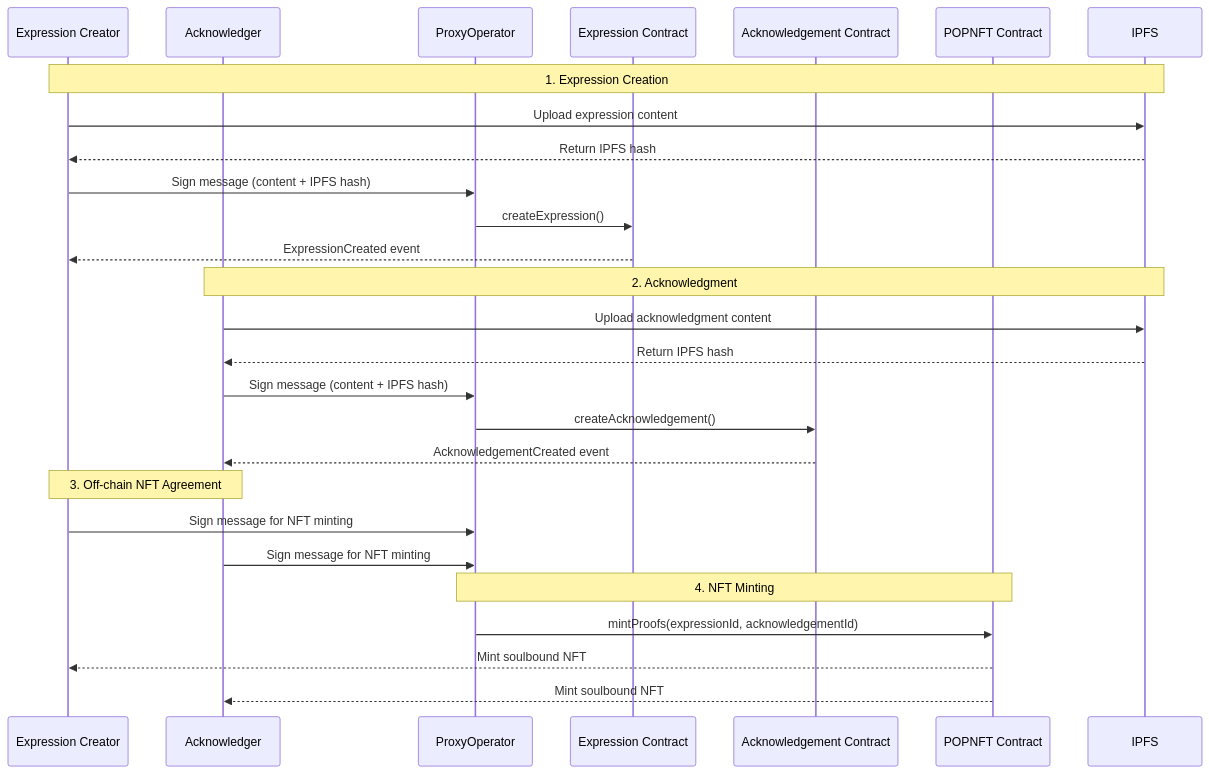
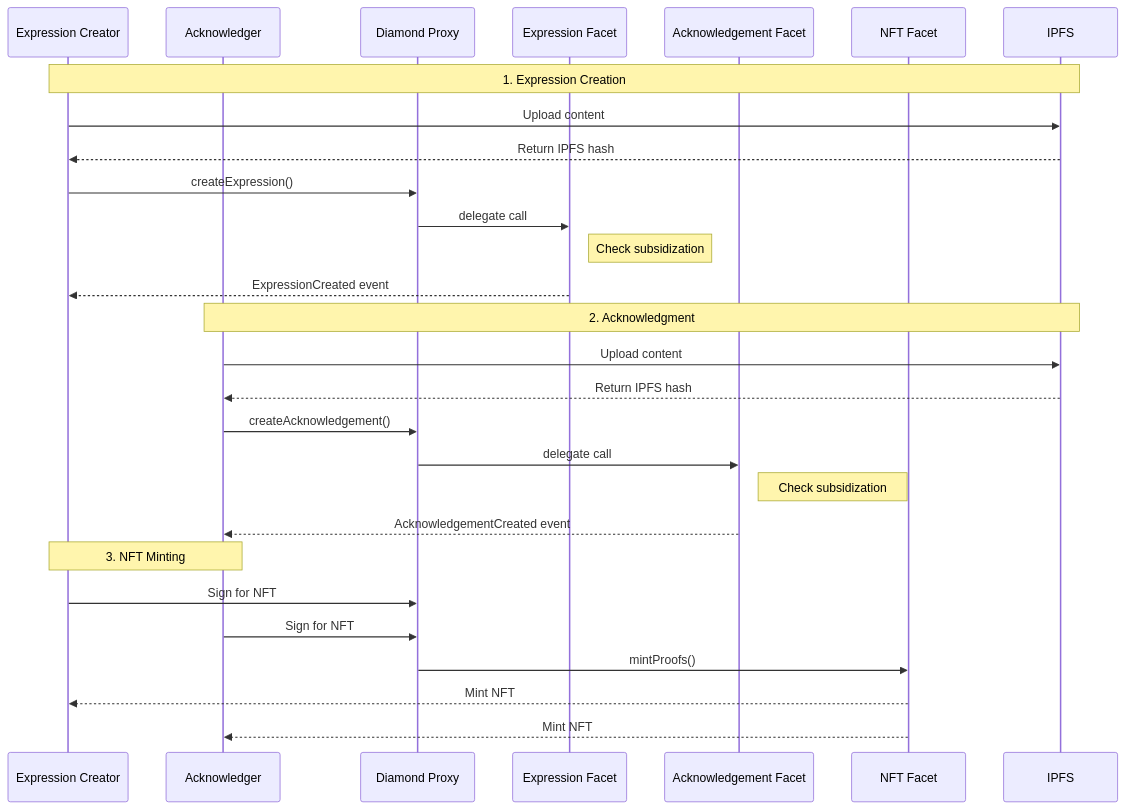
One commit to stateful-art/proof-of-peacemaking changed the second of 2 diagrams in docs/README.md. Above: the diagram before and after it, drawn with Mermaid. The commit also changed other lines of this file and 9 other files, not shown here.

````diff
--- a/docs/README.md
+++ b/docs/README.md
@@ -7,33 +65,33 @@
 ```mermaid
 sequenceDiagram
     participant User1 as Expression Creator
     participant User2 as Acknowledger
-    participant PO as ProxyOperator
-    participant E as Expression Contract
-    participant A as Acknowledgement Contract
-    participant NFT as POPNFT Contract
+    participant D as Diamond Proxy
+    participant EF as Expression Facet
+    participant AF as Acknowledgement Facet
+    participant NF as NFT Facet
     participant IPFS
 
     Note over User1,IPFS: 1. Expression Creation
-    User1->>IPFS: Upload expression content
+    User1->>IPFS: Upload content
     IPFS-->>User1: Return IPFS hash
-    User1->>PO: Sign message (content + IPFS hash)
-    PO->>E: createExpression()
-    E-->>User1: ExpressionCreated event
+    User1->>D: createExpression()
+    D->>EF: delegate call
+    Note right of EF: Check subsidization
+    EF-->>User1: ExpressionCreated event
 
     Note over User2,IPFS: 2. Acknowledgment
-    User2->>IPFS: Upload acknowledgment content
+    User2->>IPFS: Upload content
     IPFS-->>User2: Return IPFS hash
-    User2->>PO: Sign message (content + IPFS hash)
-    PO->>A: createAcknowledgement()
-    A-->>User2: AcknowledgementCreated event
+    User2->>D: createAcknowledgement()
+    D->>AF: delegate call
+    Note right of AF: Check subsidization
+    AF-->>User2: AcknowledgementCreated event
 
-    Note over User1,User2: 3. Off-chain NFT Agreement
-    User1->>PO: Sign message for NFT minting
-    User2->>PO: Sign message for NFT minting
-    
-    Note over PO,NFT: 4. NFT Minting
-    PO->>NFT: mintProofs(expressionId, acknowledgementId)
-    NFT-->>User1: Mint soulbound NFT
-    NFT-->>User2: Mint soulbound NFT
+    Note over User1,User2: 3. NFT Minting
+    User1->>D: Sign for NFT
+    User2->>D: Sign for NFT
+    D->>NF: mintProofs()
+    NF-->>User1: Mint NFT
+    NF-->>User2: Mint NFT
 ```
````
